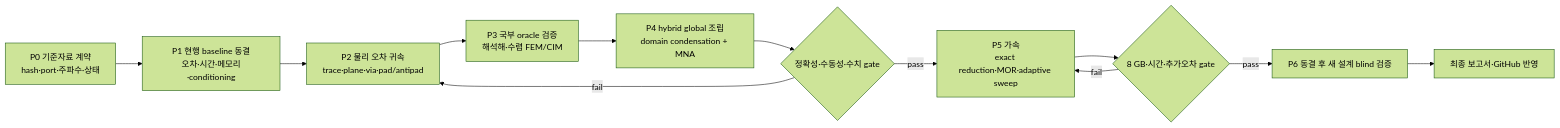
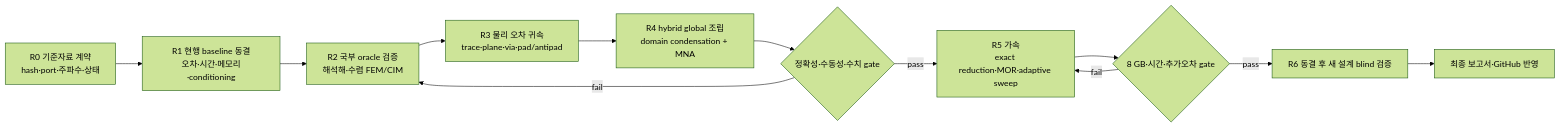
One commit to yunhyok/spd-decap-pi-evaluator changed the diagram in docs/evaluation-research/README.md. Above: the diagram before and after it, drawn with Mermaid (forest theme). The commit also changed other lines of this file and 6 other files, not shown here.

Commit message:
docs: advance evaluation baseline and oracle research

````diff
--- a/docs/evaluation-research/README.md
+++ b/docs/evaluation-research/README.md
@@ -52,14 +60,14 @@
 ```mermaid
 flowchart LR
-    A["P0 기준자료 계약<br/>hash·port·주파수·상태"] --> B["P1 현행 baseline 동결<br/>오차·시간·메모리·conditioning"]
-    B --> C["P2 물리 오차 귀속<br/>trace·plane·via·pad/antipad"]
-    C --> D["P3 국부 oracle 검증<br/>해석해·수렴 FEM/CIM"]
-    D --> E["P4 hybrid global 조립<br/>domain condensation + MNA"]
+    A["R0 기준자료 계약<br/>hash·port·주파수·상태"] --> B["R1 현행 baseline 동결<br/>오차·시간·메모리·conditioning"]
+    B --> C["R2 국부 oracle 검증<br/>해석해·수렴 FEM/CIM"]
+    C --> D["R3 물리 오차 귀속<br/>trace·plane·via·pad/antipad"]
+    D --> E["R4 hybrid global 조립<br/>domain condensation + MNA"]
     E --> F{"정확성·수동성·수치 gate"}
     F -->|fail| C
-    F -->|pass| G["P5 가속<br/>exact reduction·MOR·adaptive sweep"]
+    F -->|pass| G["R5 가속<br/>exact reduction·MOR·adaptive sweep"]
     G --> H{"8 GB·시간·추가오차 gate"}
     H -->|fail| G
-    H -->|pass| I["P6 동결 후 새 설계 blind 검증"]
+    H -->|pass| I["R6 동결 후 새 설계 blind 검증"]
     I --> J["최종 보고서·GitHub 반영"]
 ```
````
